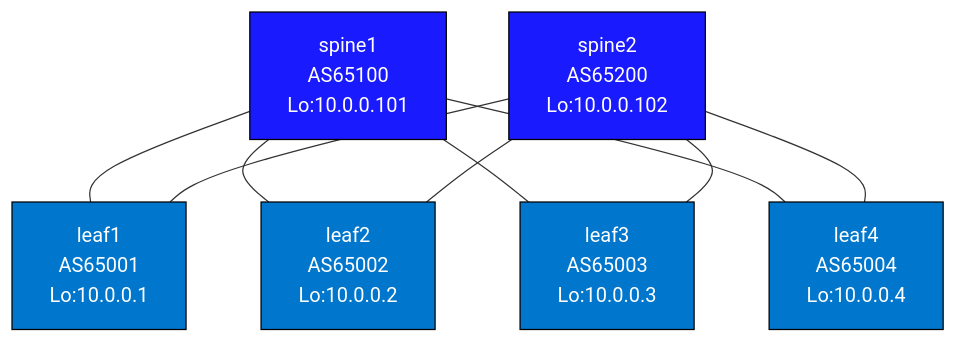
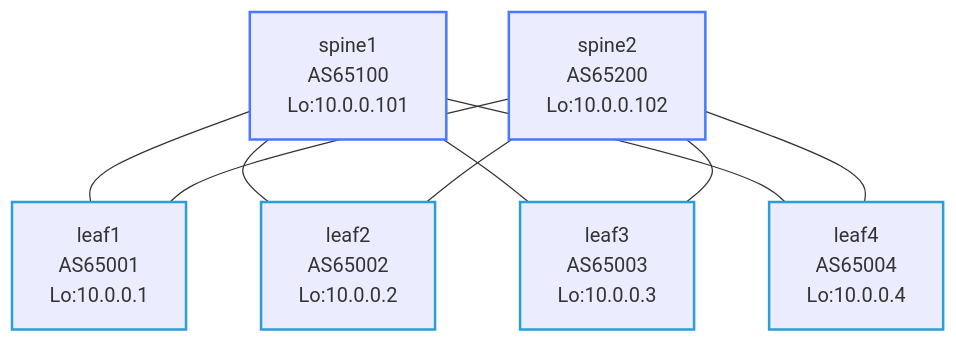
The diagram in labs/debug-spine-leaf/README.md (jschless/networkingLabs), drawn with Mermaid before and after one commit. The commit also changed 250 other files, not shown here.

Commit message:
Fix unreadable topology diagrams, convert ASCII art, publish assessments (#57)

````diff
--- a/labs/debug-spine-leaf/README.md
+++ b/labs/debug-spine-leaf/README.md
@@ -28,17 +28,17 @@
 ```mermaid
 flowchart TB
-    spine1["spine1\nAS65100\nLo:10.0.0.101"]
-    spine2["spine2\nAS65200\nLo:10.0.0.102"]
-    leaf1["leaf1\nAS65001\nLo:10.0.0.1"]
-    leaf2["leaf2\nAS65002\nLo:10.0.0.2"]
-    leaf3["leaf3\nAS65003\nLo:10.0.0.3"]
-    leaf4["leaf4\nAS65004\nLo:10.0.0.4"]
+    spine1["spine1<br/>AS65100<br/>Lo:10.0.0.101"]
+    spine2["spine2<br/>AS65200<br/>Lo:10.0.0.102"]
+    leaf1["leaf1<br/>AS65001<br/>Lo:10.0.0.1"]
+    leaf2["leaf2<br/>AS65002<br/>Lo:10.0.0.2"]
+    leaf3["leaf3<br/>AS65003<br/>Lo:10.0.0.3"]
+    leaf4["leaf4<br/>AS65004<br/>Lo:10.0.0.4"]
 
     spine1 --- leaf1 & leaf2 & leaf3 & leaf4
     spine2 --- leaf1 & leaf2 & leaf3 & leaf4
 
-    classDef spine fill:#1a1aff,color:#fff,stroke:#000
-    classDef leaf  fill:#0077cc,color:#fff,stroke:#000
+    classDef spine stroke:#4778ff,stroke-width:2px
+    classDef leaf stroke:#2a9fd6,stroke-width:2px
     class spine1,spine2 spine
     class leaf1,leaf2,leaf3,leaf4 leaf
 ```
````
